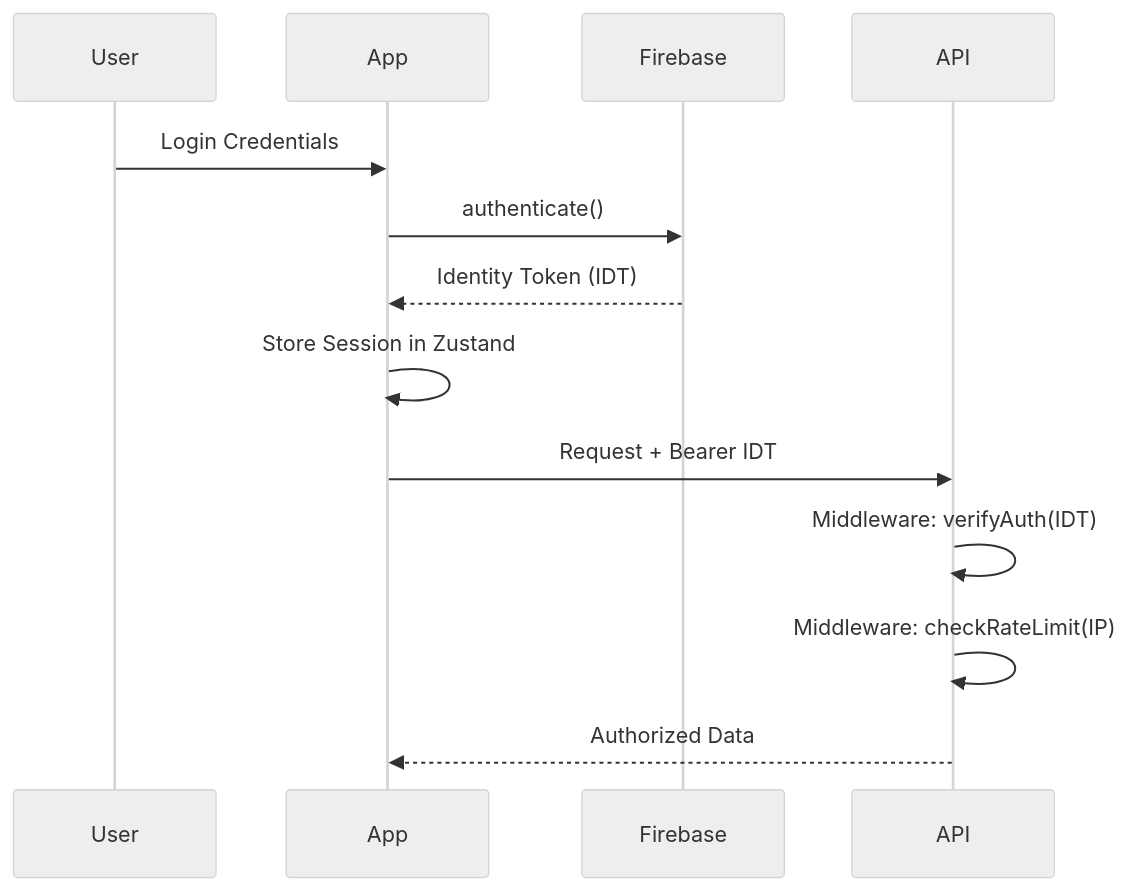
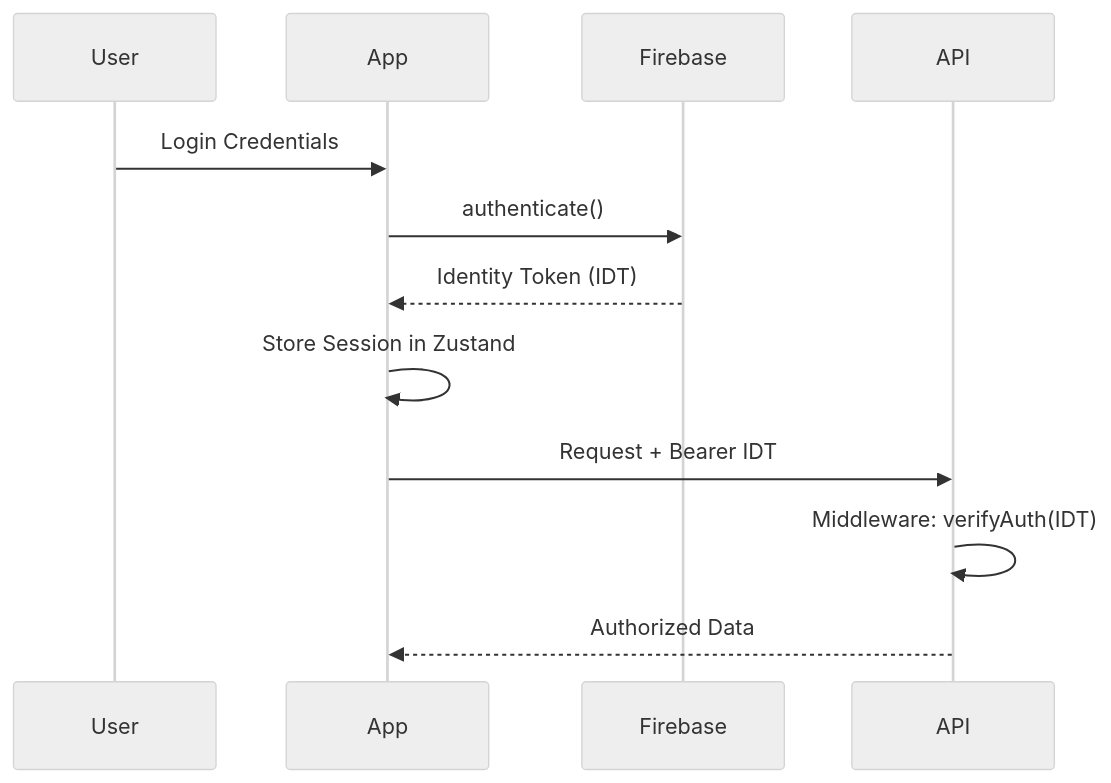
Before and after one commit to josef10000/hubcrm: the second of 2 diagrams in README.md, drawn with Mermaid (neutral theme). The commit also changed other lines of this file, not shown here.

Commit message:
docs: update README with financial automation and shared types architecture

````diff
--- a/README.md
+++ b/README.md
@@ -72,16 +103,15 @@
 ```mermaid
 sequenceDiagram
     participant User
     participant App
     participant Firebase
     participant API
 
     User->>App: Login Credentials
     App->>Firebase: authenticate()
     Firebase-->>App: Identity Token (IDT)
     App->>App: Store Session in Zustand
     App->>API: Request + Bearer IDT
     API->>API: Middleware: verifyAuth(IDT)
-    API->>API: Middleware: checkRateLimit(IP)
     API-->>App: Authorized Data
 ```
````
